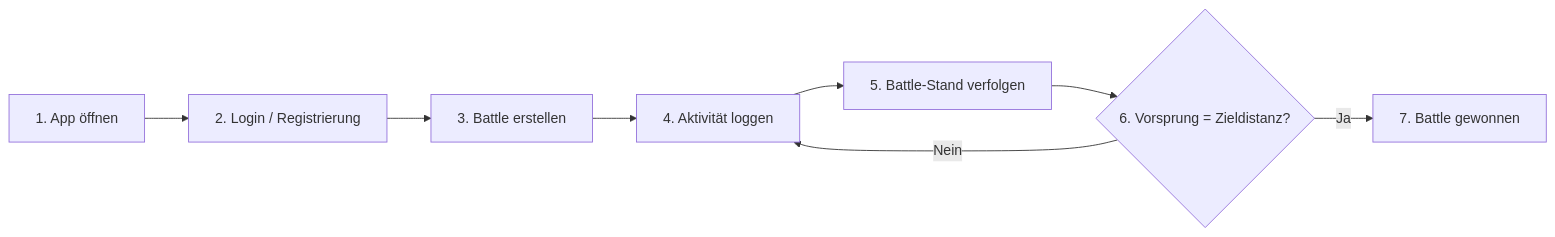
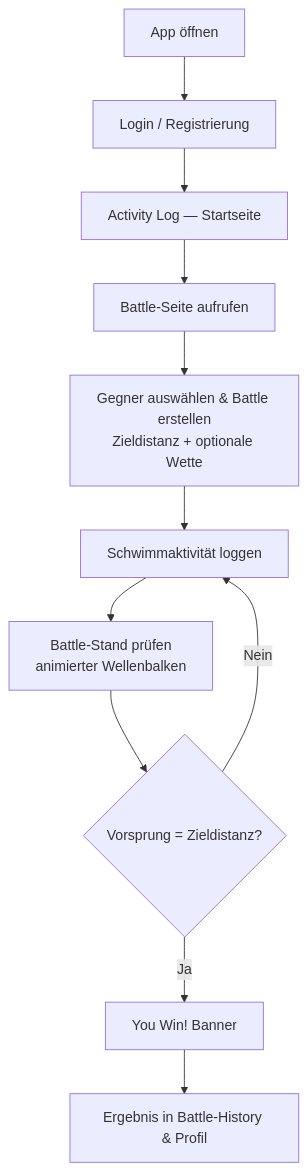
The third of 3 diagrams in README.md (simeonbaer/tidemark), drawn with Mermaid before and after one commit. The commit also changed other lines of this file and 10 other files, not shown here.

First line of the commit message:
docs: restructure README with 3 personas, individual screenshots and updated diagrams

````diff
--- a/README.md
+++ b/README.md
@@ -175,10 +184,13 @@
 ```mermaid
-flowchart LR
-    S1[1. App öffnen] --> S2[2. Login / Registrierung]
-    S2 --> S3[3. Battle erstellen]
-    S3 --> S4[4. Aktivität loggen]
-    S4 --> S5[5. Battle-Stand verfolgen]
-    S5 --> S6{6. Vorsprung = Zieldistanz?}
-    S6 -- Nein --> S4
-    S6 -- Ja --> S7[7. Battle gewonnen]
+flowchart TD
+    A[App öffnen] --> B[Login / Registrierung]
+    B --> C[Activity Log — Startseite]
+    C --> D[Battle-Seite aufrufen]
+    D --> E["Gegner auswählen & Battle erstellen\nZieldistanz + optionale Wette"]
+    E --> F[Schwimmaktivität loggen]
+    F --> G["Battle-Stand prüfen\nanimierter Wellenbalken"]
+    G --> H{Vorsprung = Zieldistanz?}
+    H -- Nein --> F
+    H -- Ja --> I[You Win! Banner]
+    I --> J[Ergebnis in Battle-History & Profil]
 ```
````
